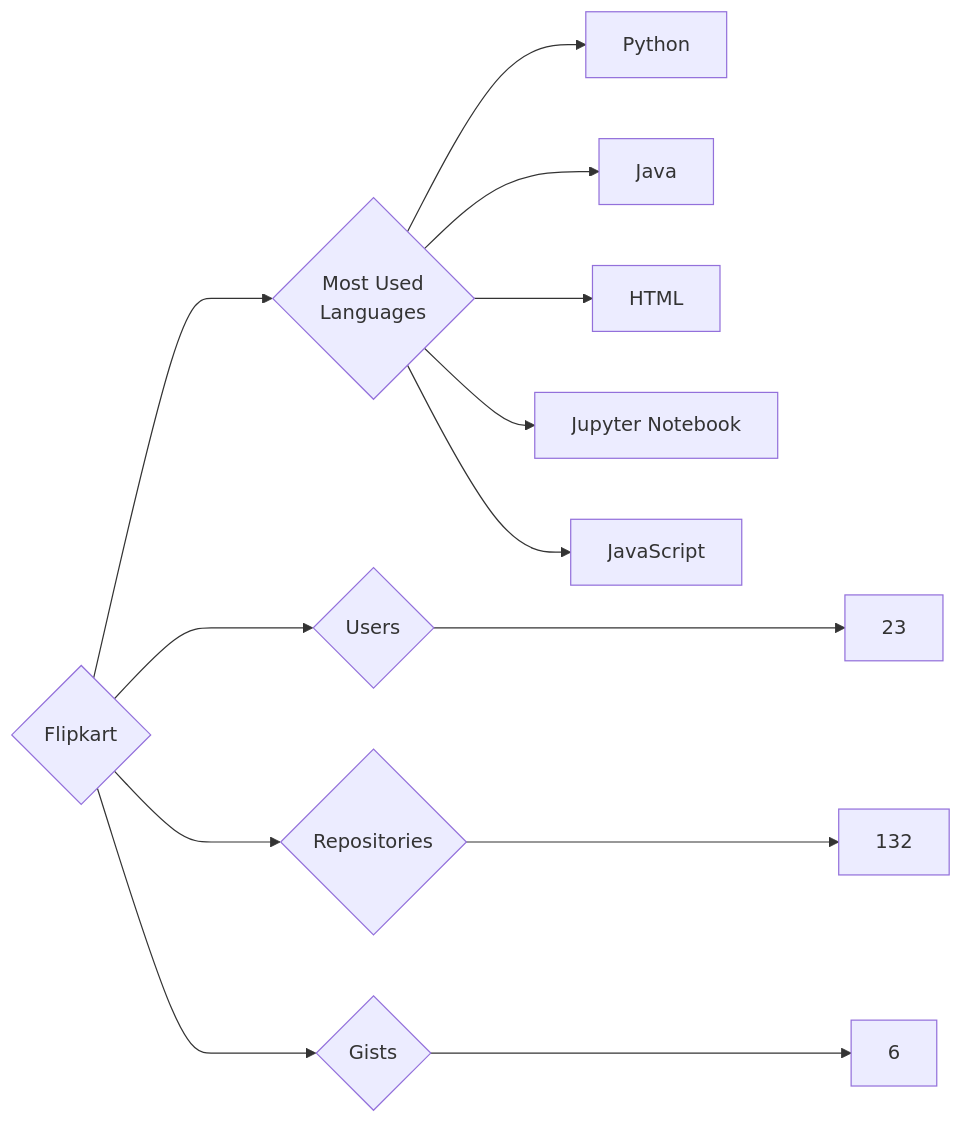
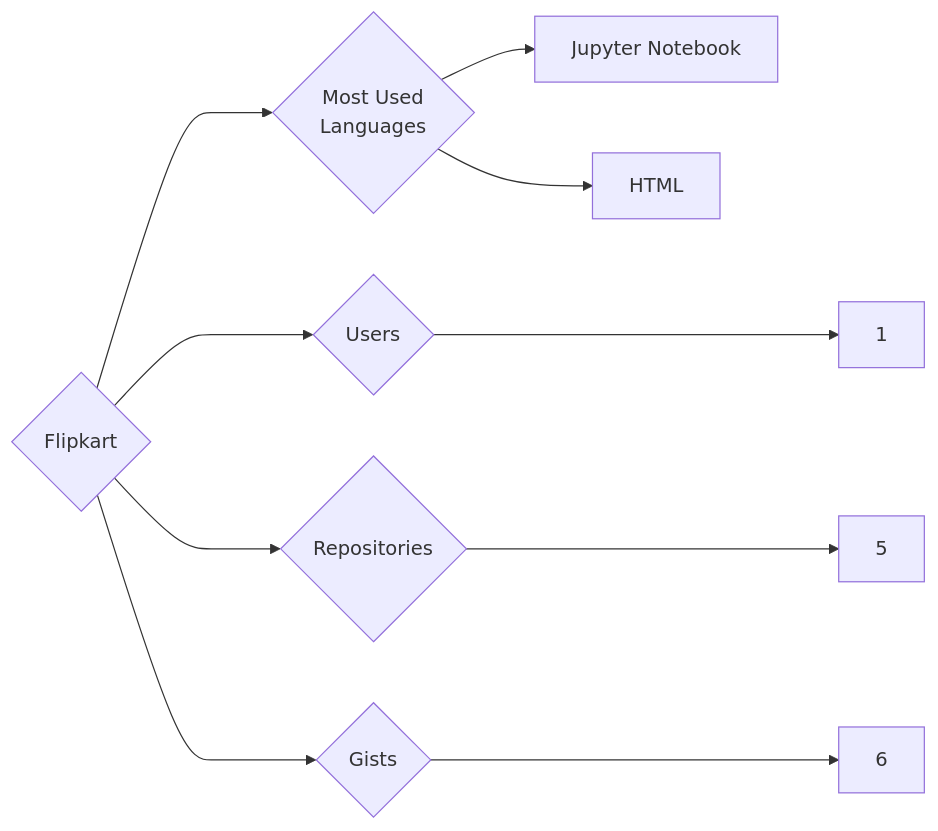
The diagram in targets/Flipkart/README.md (trickest/insiders), drawn with Mermaid before and after one commit. The commit also changed 752 other files, not shown here.

````diff
--- a/targets/Flipkart/README.md
+++ b/targets/Flipkart/README.md
@@ -3,13 +3,10 @@
 ```mermaid
 graph LR
 COMPANY_NAME{Flipkart}
-COMPANY_NAME ---> U{Users} ---> UN[23]
-COMPANY_NAME ---> R{Repositories} ---> RN[132]
+COMPANY_NAME ---> U{Users} ---> UN[1]
+COMPANY_NAME ---> R{Repositories} ---> RN[5]
 COMPANY_NAME ---> G{Gists} ---> GN[6]
 COMPANY_NAME ---> ML{Most Used<br>Languages}
-ML --> Python[Python]
-ML --> Java[Java]
+ML --> Jupyter_Notebook[Jupyter Notebook]
 ML --> HTML[HTML]
-ML --> Jupyter_Notebook[Jupyter Notebook]
-ML --> JavaScript[JavaScript]
 ```
````
